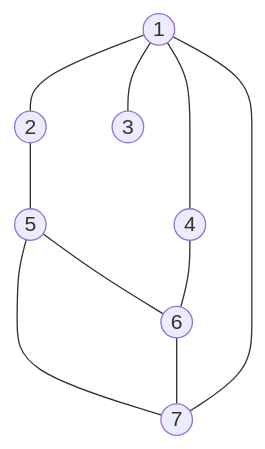
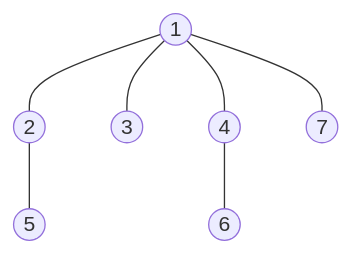
One commit to tpen098/notes changed the second of 4 diagrams in submissions/CS 197 HZZQ - Assessment 07/CS 197 HZZQ - Assessment 07.md. Above: the diagram before and after it, drawn with Mermaid. The commit also changed other lines of this file and 10 other files, not shown here.

````diff
--- a/submissions/CS 197 HZZQ - Assessment 07/CS 197 HZZQ - Assessment 07.md
+++ b/submissions/CS 197 HZZQ - Assessment 07/CS 197 HZZQ - Assessment 07.md
@@ -17,16 +120,6 @@
 ```mermaid
 graph TD
-	A1((1))
-	A2((2))
-	A3((3))
-	A4((4))
-	A5((5))
-	A6((6))
-	A7((7))
-	
-	A1 --- A2 & A3 & A4 & A7
-	A2 --- A5
-	A4 --- A6
-	A5 --- A7 & A6
-	A6 --- A7
+	1((1)) --- 2((2)) & 3((3)) & 4((4)) & 7((7))
+	2 --- 5((5))
+	4 --- 6((6))
 ```
````
